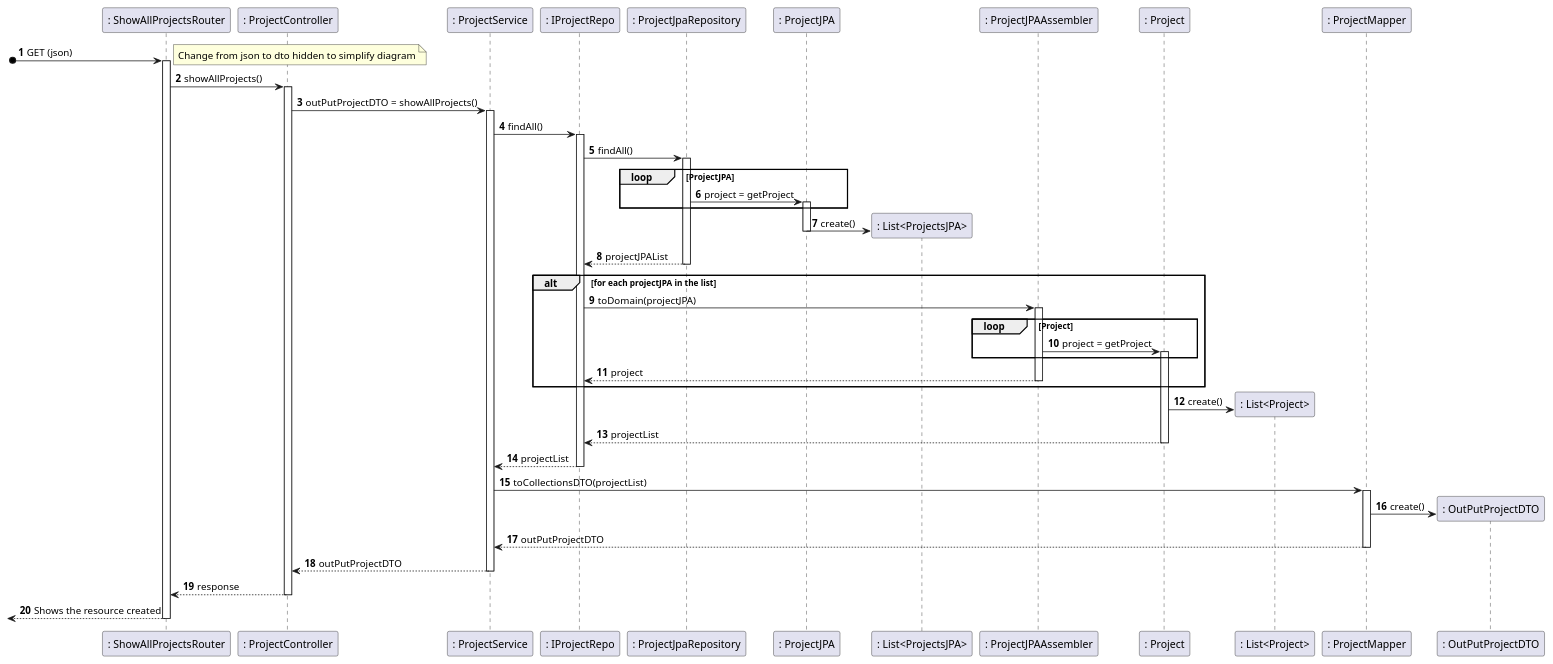
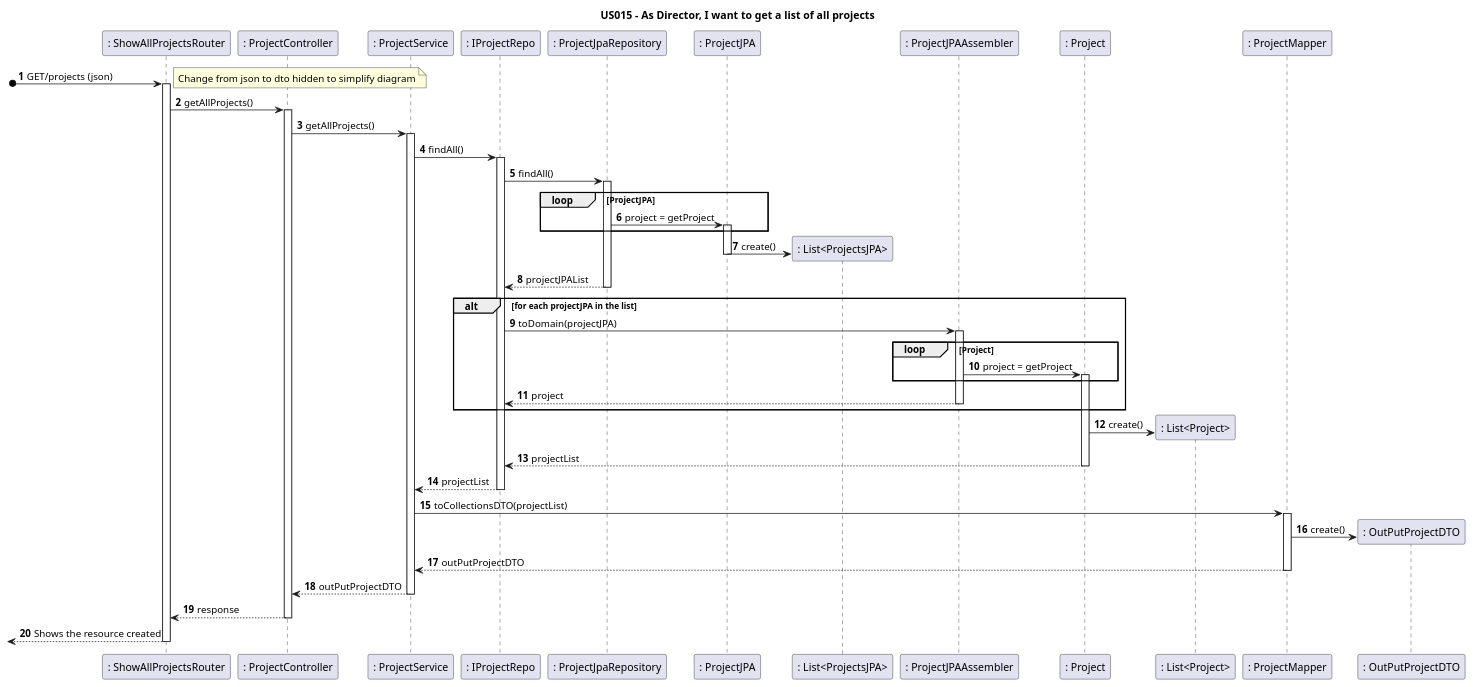
One commit to nunogon1211787/projectManagement changed the diagram in docs/Sprint2/US015/US015-SD.puml. Above: the diagram before and after it, drawn with PlantUML. The commit also changed 8 other files, not shown here.

```diff
--- a/docs/Sprint2/US015/US015-SD.puml
+++ b/docs/Sprint2/US015/US015-SD.puml
@@ -1,62 +1,65 @@
 @startuml
 'https://plantuml.com/sequence-diagram
+
+title US015 - As Director, I want to get a list of all projects
+
 
 autonumber
 autoactivate on
 
 participant ": ShowAllProjectsRouter" as Route
 participant ": ProjectController" as Ctrl
 participant ": ProjectService" as service
 participant ": IProjectRepo" as iProjectRepo
 participant ": ProjectJpaRepository" as projectJPARepository
 participant ": ProjectJPA" as projectJPA
 participant ": List<ProjectsJPA>" as list
 participant ": ProjectJPAAssembler" as assembler
 participant ": Project" as project
 participant ": List<Project>" as projectList
 participant ": ProjectMapper" as mapper
 participant ": OutPutProjectDTO" as outputDTO
 
 
 
-[o-> Route: GET (json)
+[o-> Route: GET/projects (json)
 note right
 Change from json to dto hidden to simplify diagram
 end note
-Route -> Ctrl: showAllProjects()
-Ctrl -> service: outPutProjectDTO = showAllProjects()
+Route -> Ctrl: getAllProjects()
+Ctrl -> service: getAllProjects()
 service -> iProjectRepo: findAll()
 iProjectRepo -> projectJPARepository: findAll()
 loop ProjectJPA
 projectJPARepository -> projectJPA: project = getProject
 end
 projectJPA -> list ** : create()
 deactivate
 projectJPARepository --> iProjectRepo: projectJPAList
 alt for each projectJPA in the list
 iProjectRepo -> assembler: toDomain(projectJPA)
 loop Project
 assembler -> project: project = getProject
 end
 assembler --> iProjectRepo: project
 end
 project -> projectList ** : create()
 deactivate
 project --> iProjectRepo: projectList
 iProjectRepo --> service: projectList
 service -> mapper: toCollectionsDTO(projectList)
 mapper -> outputDTO ** : create()
 mapper --> service: outPutProjectDTO
 service --> Ctrl: outPutProjectDTO
 
 
 
 
 
 
 
 
 
 Ctrl --> Route: response
 [<--Route : Shows the resource created
 @enduml
```
